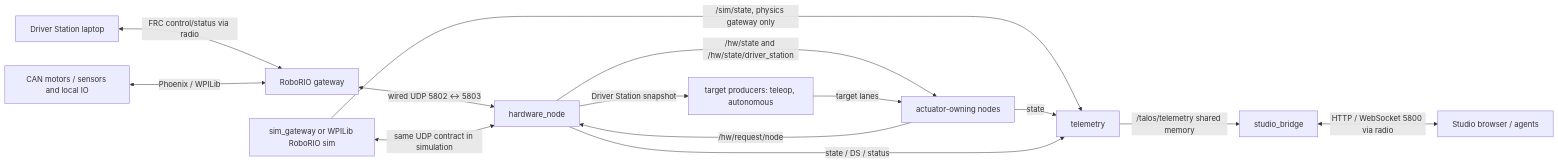
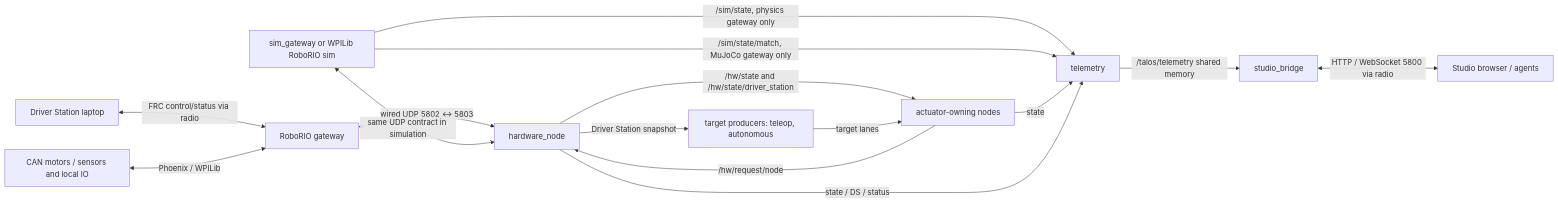
One commit to deslobodzian/talOS changed the diagram in docs/DATA_FLOW.md. Above: the diagram before and after it, drawn with Mermaid. The commit also changed other lines of this file and 22 other files, not shown here.

````diff
--- a/docs/DATA_FLOW.md
+++ b/docs/DATA_FLOW.md
@@ -23,16 +23,17 @@
 ```mermaid
 flowchart LR
   DS[Driver Station laptop] <-->|FRC control/status via radio| RIO[RoboRIO gateway]
   DEV[CAN motors / sensors and local IO] <-->|Phoenix / WPILib| RIO
   RIO <-->|wired UDP 5802 ↔ 5803| HW[hardware_node]
   SIM[sim_gateway or WPILib RoboRIO sim] <-->|same UDP contract in simulation| HW
   SIM -->|/sim/state, physics gateway only| T
+  SIM -->|/sim/state/match, MuJoCo gateway only| T
   HW -->|/hw/state and /hw/state/driver_station| N[actuator-owning nodes]
   N -->|/hw/request/node| HW
   HW -->|Driver Station snapshot| DRIVER[target producers: teleop, autonomous]
   DRIVER -->|target lanes| N
   N -->|state| T[telemetry]
   HW -->|state / DS / status| T
   T -->|/talos/telemetry shared memory| SB[studio_bridge]
   SB <-->|HTTP / WebSocket 5800 via radio| UI[Studio browser / agents]
 ```
````
